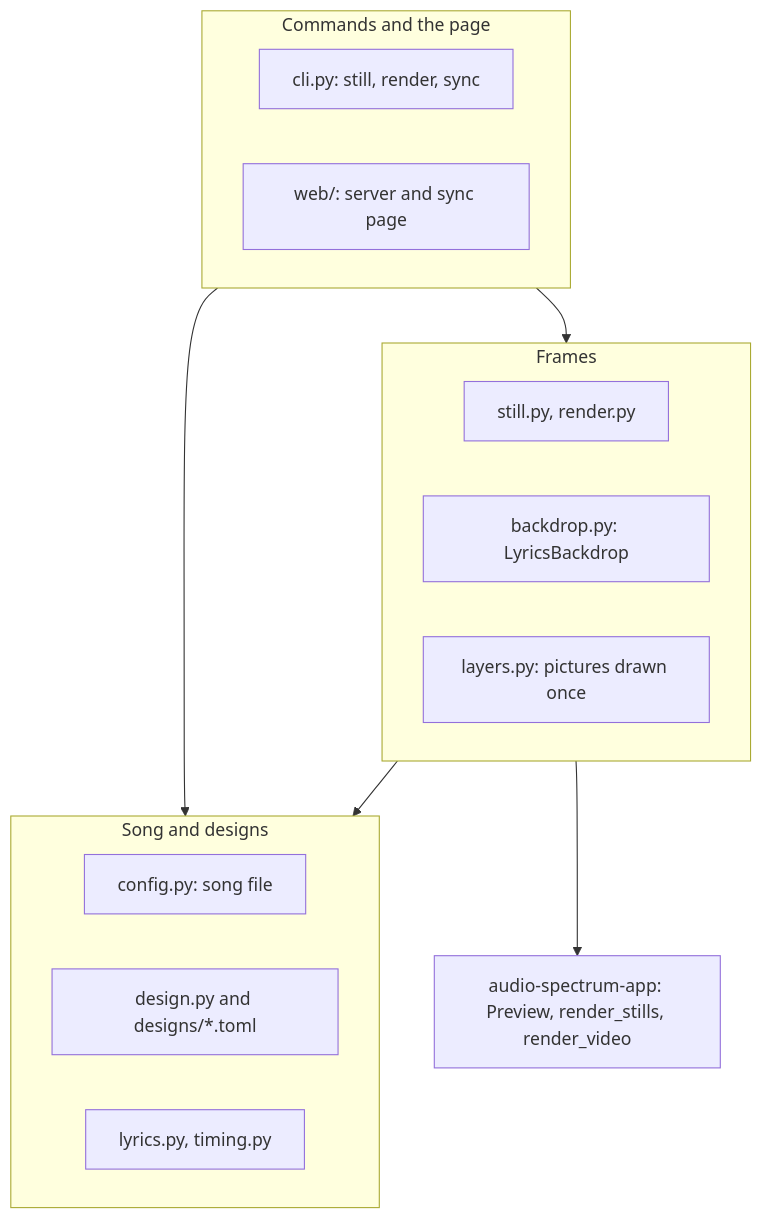
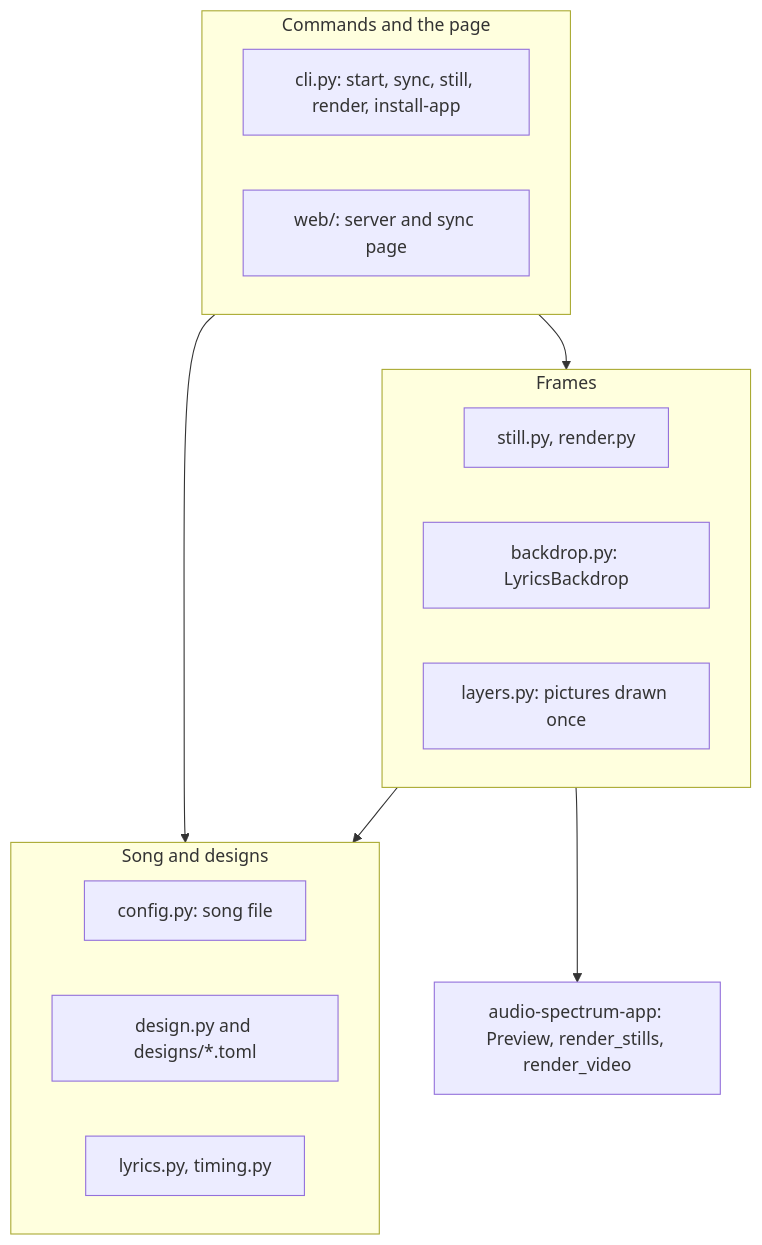
One commit to musica-sanare/lyrics-video-app changed the first of 3 diagrams in docs/en/ARCHITECTURE.md. Above: the diagram before and after it, drawn with Mermaid. The commit also changed other lines of this file and 10 other files, not shown here.

First line of the commit message:
feat: install the app for the Dock

````diff
--- a/docs/en/ARCHITECTURE.md
+++ b/docs/en/ARCHITECTURE.md
@@ -14,22 +14,22 @@
 ```mermaid
 flowchart TB
   subgraph commands["Commands and the page"]
-    cli["cli.py: still, render, sync"]
+    cli["cli.py: start, sync, still, render, install-app"]
     web["web/: server and sync page"]
   end
   subgraph frames["Frames"]
     still["still.py, render.py"]
     backdrop["backdrop.py: LyricsBackdrop"]
     layers["layers.py: pictures drawn once"]
   end
   subgraph inputs["Song and designs"]
     config["config.py: song file"]
     design["design.py and designs/*.toml"]
     text["lyrics.py, timing.py"]
   end
   spectrum["audio-spectrum-app: Preview, render_stills, render_video"]
   commands --> frames
   commands --> inputs
   frames --> inputs
   frames --> spectrum
 ```
````
